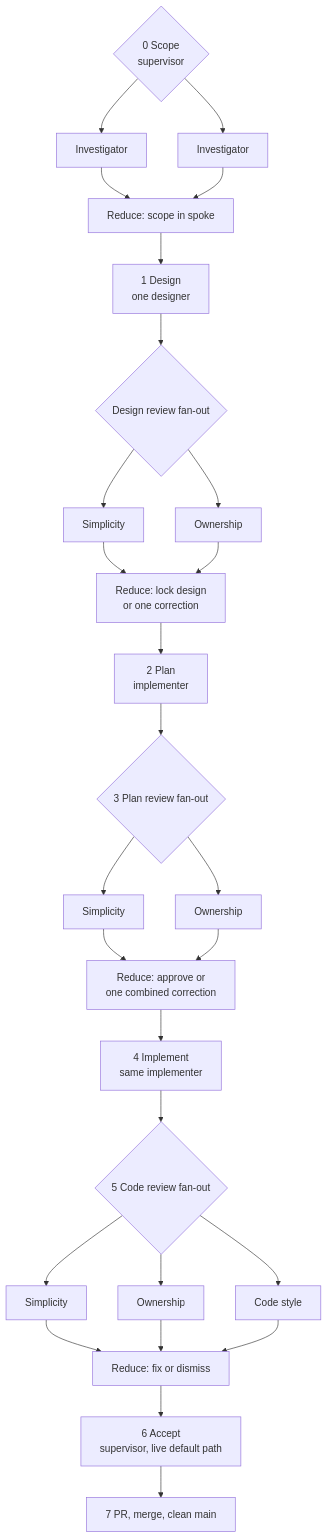
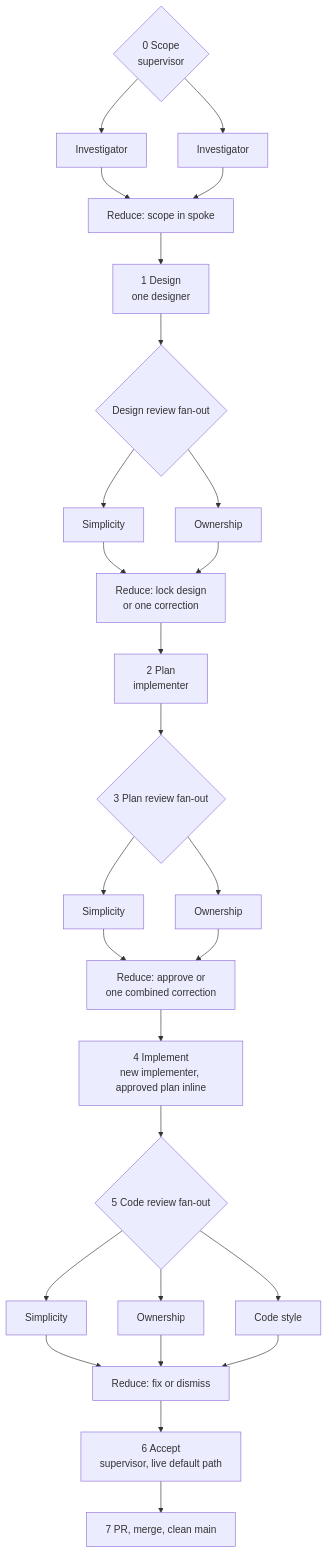
One commit to katasec/mission-control-language changed the diagram in docs/design/supervisor-workflow.md. Above: the diagram before and after it, drawn with Mermaid. The commit also changed other lines of this file and 4 other files, not shown here.

````diff
--- a/docs/design/supervisor-workflow.md
+++ b/docs/design/supervisor-workflow.md
@@ -11,24 +11,24 @@
 ```mermaid
 flowchart TD
     S0{0 Scope<br/>supervisor} --> IA[Investigator]
     S0 --> IB[Investigator]
     IA & IB --> R0[Reduce: scope in spoke]
     R0 --> D[1 Design<br/>one designer]
     D --> DR{Design review fan-out}
     DR --> DS[Simplicity]
     DR --> DO[Ownership]
     DS & DO --> R1[Reduce: lock design<br/>or one correction]
     R1 --> P[2 Plan<br/>implementer]
     P --> PR{3 Plan review fan-out}
     PR --> PS[Simplicity]
     PR --> PO[Ownership]
     PS & PO --> R2[Reduce: approve or<br/>one combined correction]
-    R2 --> I[4 Implement<br/>same implementer]
+    R2 --> I[4 Implement<br/>new implementer, approved plan inline]
     I --> CR{5 Code review fan-out}
     CR --> CS[Simplicity]
     CR --> CO[Ownership]
     CR --> CY[Code style]
     CS & CO & CY --> R3[Reduce: fix or dismiss]
     R3 --> A[6 Accept<br/>supervisor, live default path]
     A --> M[7 PR, merge, clean main]
 ```
````
